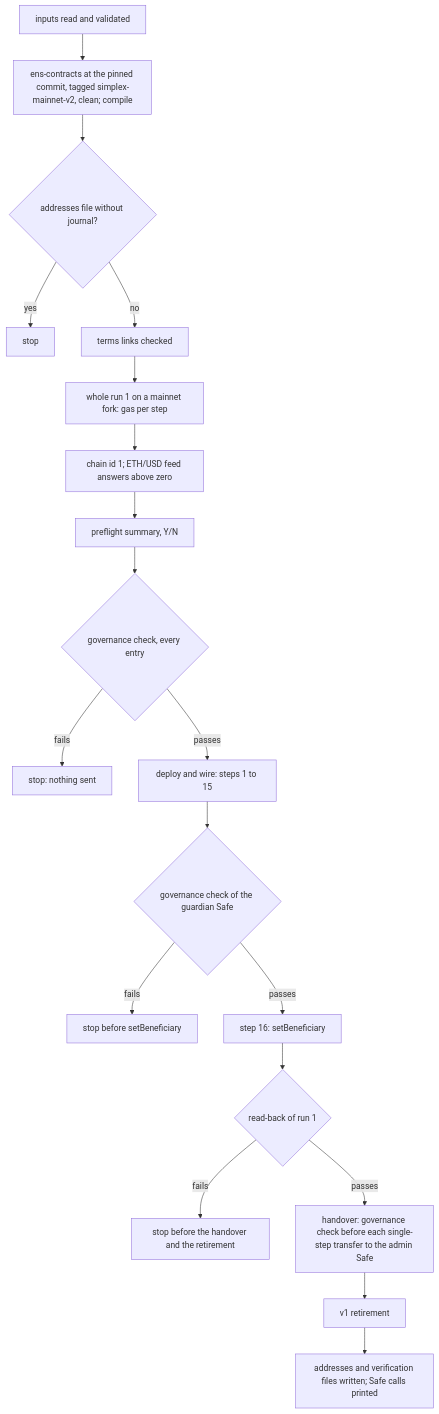
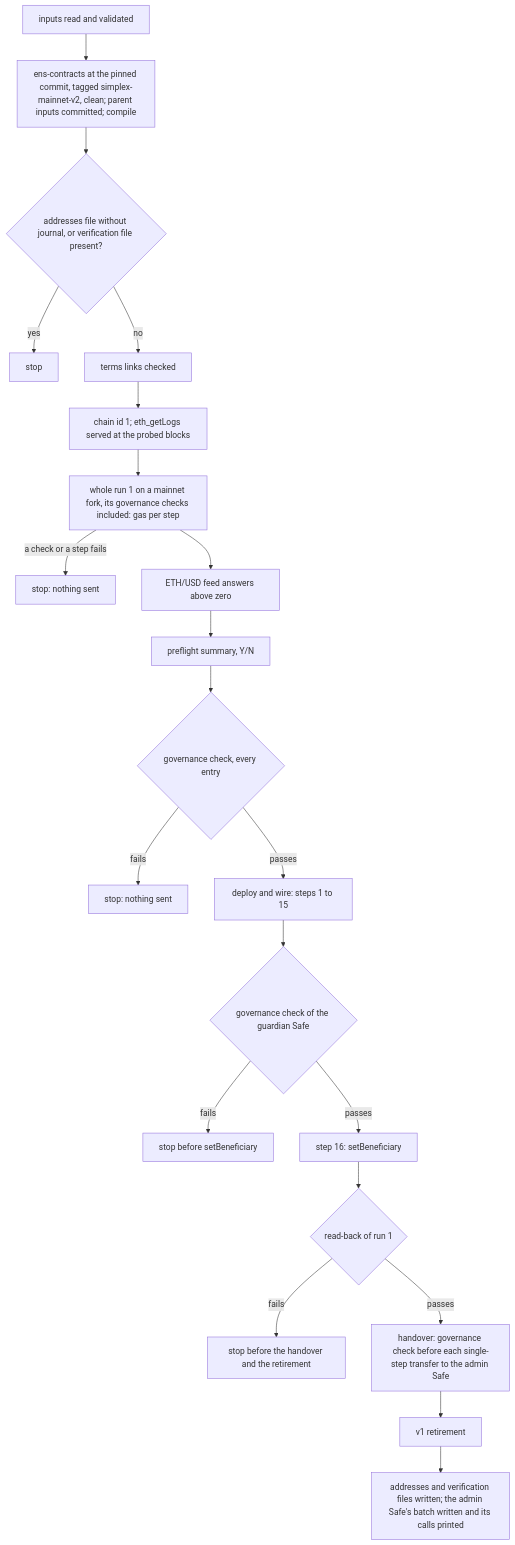
Before and after one commit to brenzi-agent/simplex-namespace-contract: the second of 7 diagrams in docs/deployment.md, drawn with Mermaid. The commit also changed other lines of this file, not shown here.

Commit message:
docs: runbook for the round-1 script checks and the registrar step

````diff
--- a/docs/deployment.md
+++ b/docs/deployment.md
@@ -294,21 +343,23 @@
 ```mermaid
 flowchart TD
-  I[inputs read and validated] --> T[ens-contracts at the pinned commit, tagged simplex-mainnet-v2, clean; compile]
-  T --> P{addresses file without journal?}
+  I[inputs read and validated] --> T[ens-contracts at the pinned commit, tagged simplex-mainnet-v2, clean; parent inputs committed; compile]
+  T --> P{addresses file without journal, or verification file present?}
   P -->|yes| S1[stop]
   P -->|no| L[terms links checked]
-  L --> F[whole run 1 on a mainnet fork: gas per step]
-  F --> C[chain id 1; ETH/USD feed answers above zero]
-  C --> Y[preflight summary, Y/N]
+  L --> C[chain id 1; eth_getLogs served at the probed blocks]
+  C --> F[whole run 1 on a mainnet fork, its governance checks included: gas per step]
+  F -->|a check or a step fails| S5[stop: nothing sent]
+  F --> E[ETH/USD feed answers above zero]
+  E --> Y[preflight summary, Y/N]
   Y --> G{governance check, every entry}
   G -->|fails| S2[stop: nothing sent]
   G -->|passes| W[deploy and wire: steps 1 to 15]
   W --> GB{governance check of the guardian Safe}
   GB -->|fails| S4[stop before setBeneficiary]
   GB -->|passes| B[step 16: setBeneficiary]
   B --> R{read-back of run 1}
   R -->|fails| S3[stop before the handover and the retirement]
   R -->|passes| H[handover: governance check before each single-step transfer to the admin Safe]
   H --> V[v1 retirement]
-  V --> O[addresses and verification files written; Safe calls printed]
+  V --> O[addresses and verification files written; the admin Safe's batch written and its calls printed]
 ```
````
